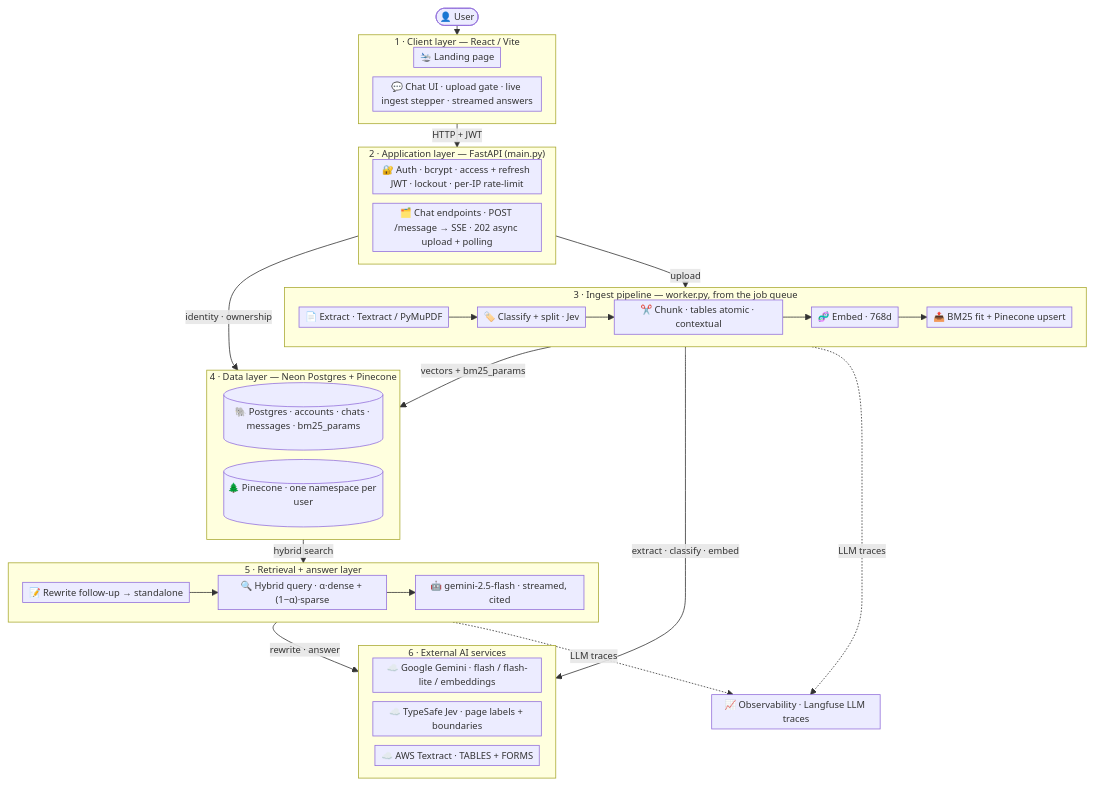
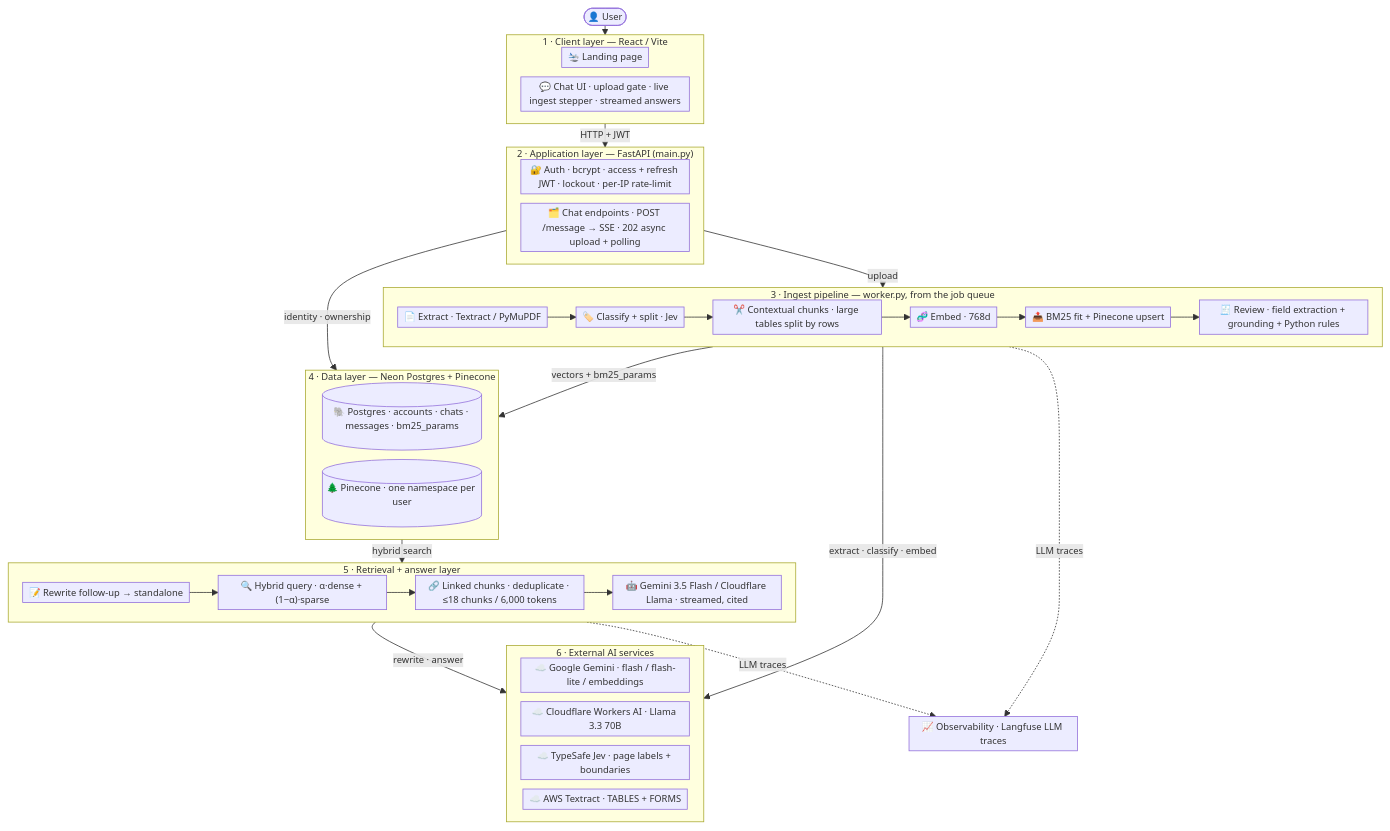
One commit to VIVPM/document-retrieval-system changed the diagram in README.md. Above: the diagram before and after it, drawn with Mermaid. The commit also changed other lines of this file and 8 other files, not shown here.

Commit message:
docs: align and shorten architecture, group backend tests

````diff
--- a/README.md
+++ b/README.md
@@ -72,49 +68,51 @@
 ```mermaid
 %%{init: {"flowchart": {"rankSpacing": 12, "nodeSpacing": 12, "padding": 4}, "themeVariables": {"fontSize": "12px"}}}%%
 graph TD
     User(["👤 User"])
 
     subgraph CLIENT ["1 · Client layer — React / Vite"]
         Land["🛬 Landing page"]
         UI["💬 Chat UI · upload gate · live ingest stepper · streamed answers"]
     end
 
     subgraph APP ["2 · Application layer — FastAPI (main.py)"]
         Auth["🔐 Auth · bcrypt · access + refresh JWT · lockout · per-IP rate-limit"]
         REST["🗂️ Chat endpoints · POST /message → SSE · 202 async upload + polling"]
     end
 
     subgraph INGEST ["3 · Ingest pipeline — worker.py, from the job queue"]
         direction LR
-        Ext["📄 Extract · Textract / PyMuPDF"] --> Split["🏷️ Classify + split · Jev"] --> Chunk["✂️ Chunk · tables atomic · contextual"] --> Emb["🧬 Embed · 768d"] --> Up["📤 BM25 fit + Pinecone upsert"]
+        Ext["📄 Extract · Textract / PyMuPDF"] --> Split["🏷️ Classify + split · Jev"] --> Chunk["✂️ Contextual chunks · large tables split by rows"] --> Emb["🧬 Embed · 768d"] --> Up["📤 BM25 fit + Pinecone upsert"]
+        Up --> Review["🧾 Review · field extraction + grounding + Python rules"]
     end
 
     subgraph DATA ["4 · Data layer — Neon Postgres + Pinecone"]
         PG[("🐘 Postgres · accounts · chats · messages · bm25_params")]
         Pine[("🌲 Pinecone · one namespace per user")]
     end
 
     subgraph QUERY ["5 · Retrieval + answer layer"]
         direction LR
-        RW["📝 Rewrite follow-up → standalone"] --> Hyb["🔍 Hybrid query · α·dense + (1−α)·sparse"] --> Ans["🤖 gemini-2.5-flash · streamed, cited"]
+        RW["📝 Rewrite follow-up → standalone"] --> Hyb["🔍 Hybrid query · α·dense + (1−α)·sparse"] --> Evidence["🔗 Linked chunks · deduplicate · ≤18 chunks / 6,000 tokens"] --> Ans["🤖 Gemini 3.5 Flash / Cloudflare Llama · streamed, cited"]
     end
 
     subgraph EXT ["6 · External AI services"]
         Gem["☁️ Google Gemini · flash / flash-lite / embeddings"]
+        CF["☁️ Cloudflare Workers AI · Llama 3.3 70B"]
         Jev["☁️ TypeSafe Jev · page labels + boundaries"]
         Tex["☁️ AWS Textract · TABLES + FORMS"]
     end
 
     OBS["📈 Observability · Langfuse LLM traces"]
 
     User --> CLIENT
     CLIENT -->|HTTP + JWT| APP
     APP -->|identity · ownership| DATA
     APP -->|upload| INGEST
     INGEST -->|vectors + bm25_params| DATA
     DATA -->|hybrid search| QUERY
     INGEST -->|extract · classify · embed| EXT
     QUERY -->|rewrite · answer| EXT
     INGEST -.->|LLM traces| OBS
     QUERY -.->|LLM traces| OBS
 ```
````
